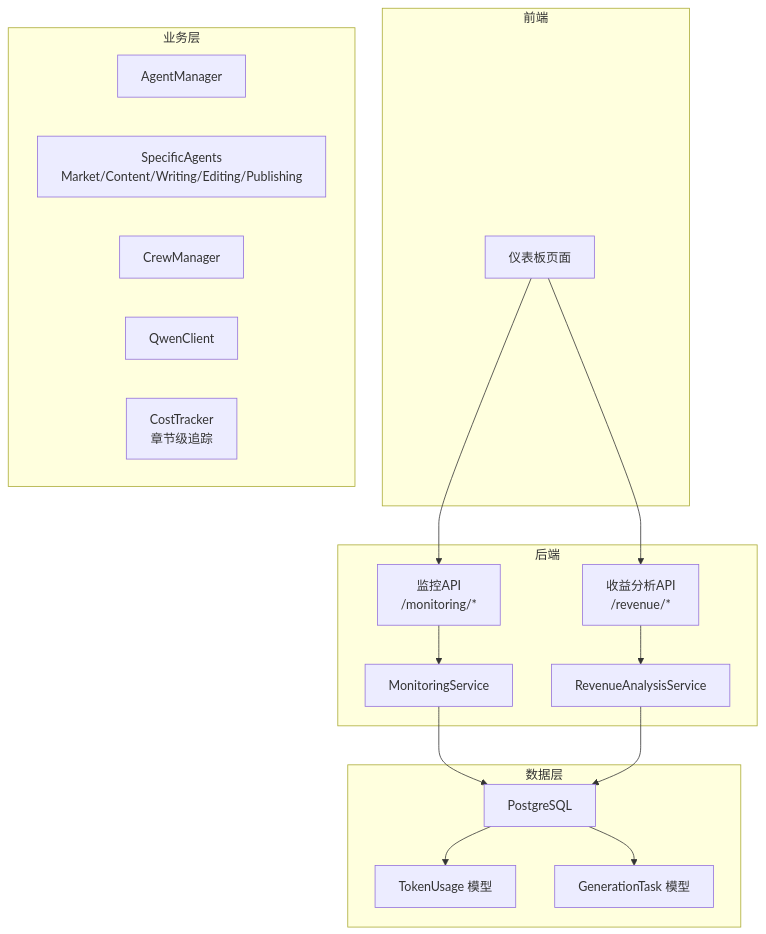
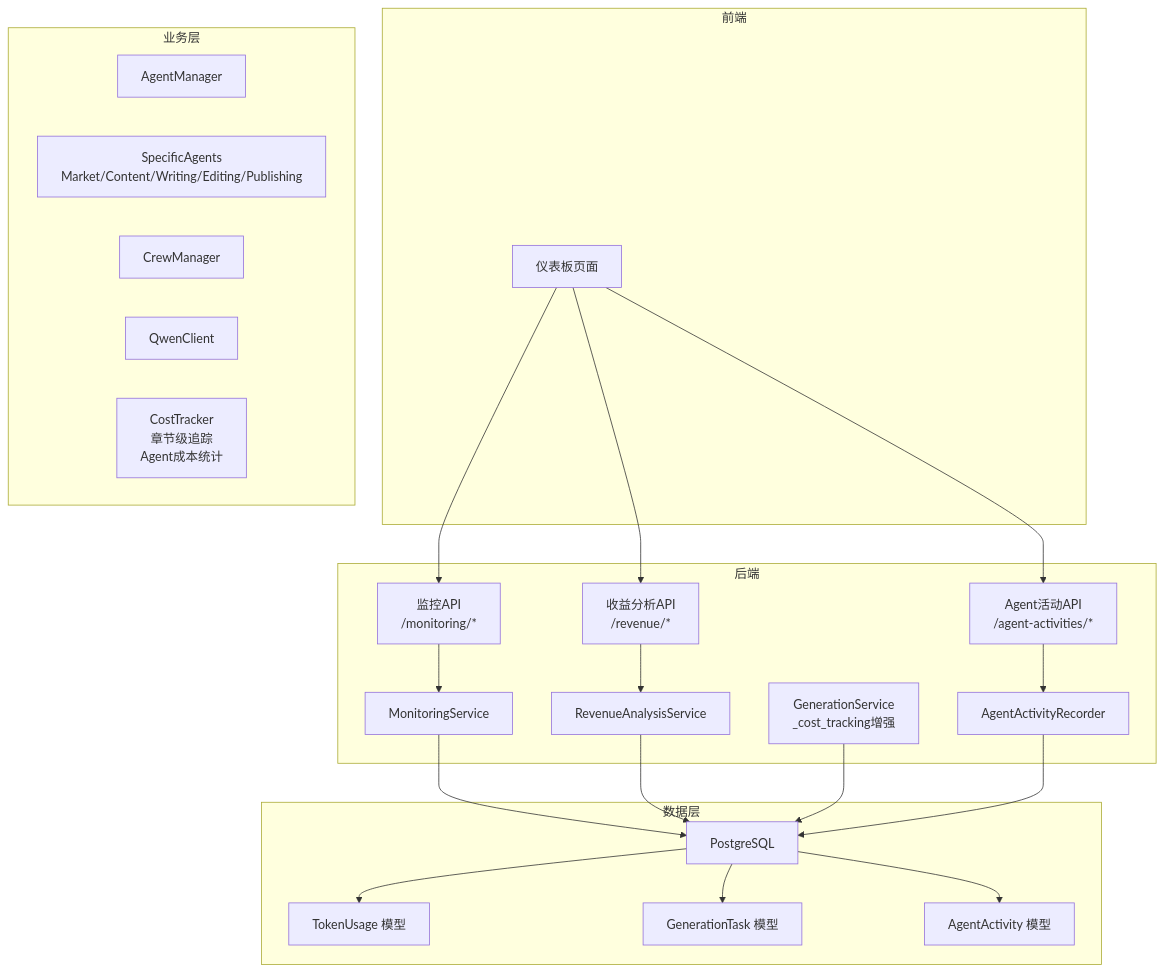
One commit to xfbyxq/ai-novel-system changed the first of 8 diagrams in .qoder/repowiki/zh/content/LLM集成架构/成本追踪系统.md. Above: the diagram before and after it, drawn with Mermaid. The commit also changed other lines of this file and 5 other files, not shown here.

````diff
--- a/.qoder/repowiki/zh/content/LLM集成架构/成本追踪系统.md
+++ b/.qoder/repowiki/zh/content/LLM集成架构/成本追踪系统.md
@@ -63,32 +68,41 @@
 ```mermaid
 graph TB
 subgraph "前端"
 FE_Dashboard["仪表板页面"]
 end
 subgraph "后端"
 API_Monitor["监控API<br/>/monitoring/*"]
 API_Revenue["收益分析API<br/>/revenue/*"]
+API_AgentActivities["Agent活动API<br/>/agent-activities/*"]
 Svc_Monitor["MonitoringService"]
 Svc_Revenue["RevenueAnalysisService"]
+Svc_GenService["GenerationService<br/>_cost_tracking增强"]
+Svc_ActivityRecorder["AgentActivityRecorder"]
 end
 subgraph "业务层"
 AgentMgr["AgentManager"]
 Agents["SpecificAgents<br/>Market/Content/Writing/Editing/Publishing"]
 CrewMgr["CrewManager"]
 Qwen["QwenClient"]
-Tracker["CostTracker<br/>章节级追踪"]
+Tracker["CostTracker<br/>章节级追踪<br/>Agent成本统计"]
 end
 subgraph "数据层"
 DB["PostgreSQL"]
 Model_TU["TokenUsage 模型"]
 Model_GT["GenerationTask 模型"]
+Model_AA["AgentActivity 模型"]
 end
 FE_Dashboard --> API_Monitor
 FE_Dashboard --> API_Revenue
+FE_Dashboard --> API_AgentActivities
 API_Monitor --> Svc_Monitor
 API_Revenue --> Svc_Revenue
+API_AgentActivities --> Svc_ActivityRecorder
 Svc_Monitor --> DB
 Svc_Revenue --> DB
+Svc_GenService --> DB
+Svc_ActivityRecorder --> DB
 DB --> Model_TU
 DB --> Model_GT
+DB --> Model_AA
 ```
````
